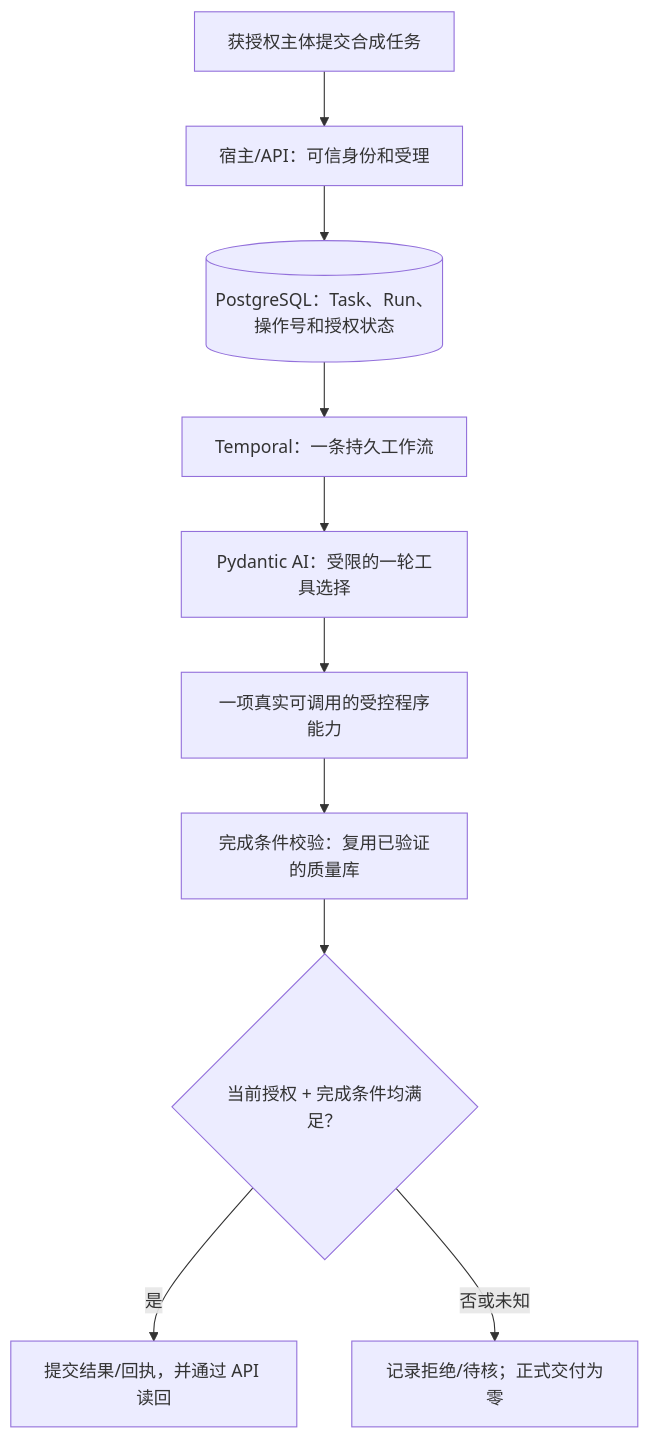
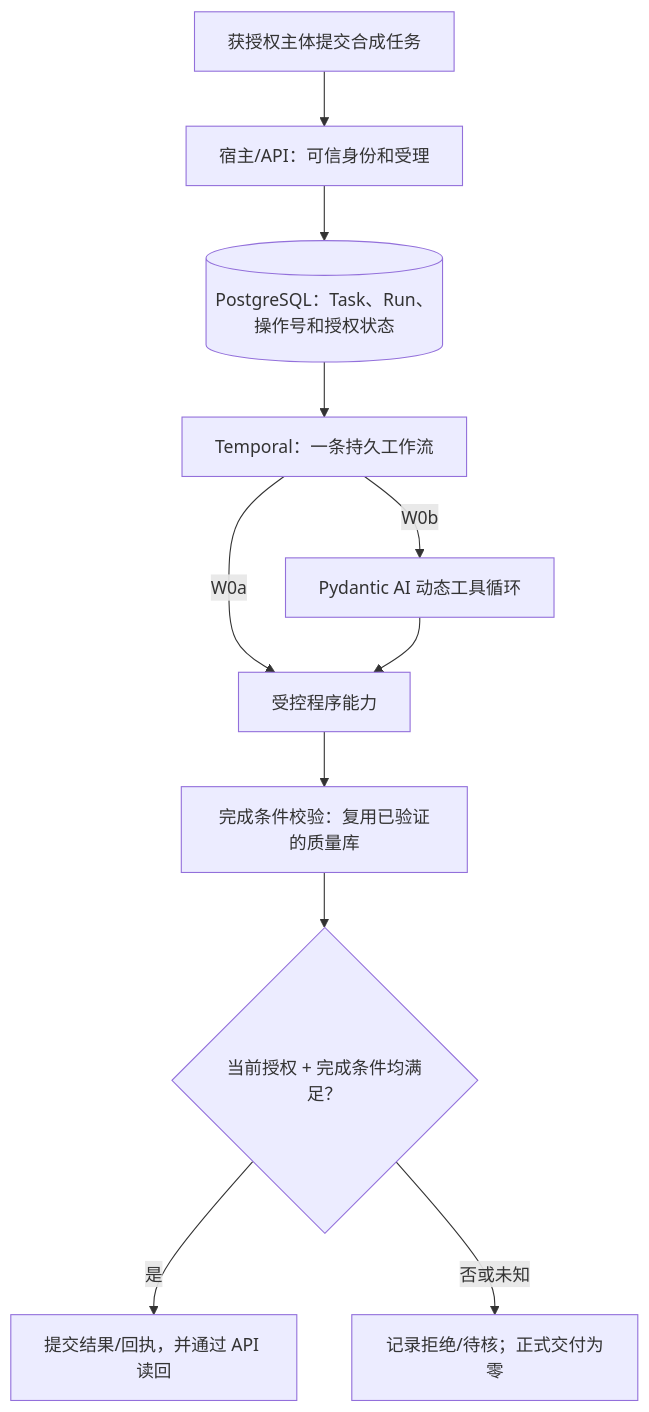
One commit to zhuquanwei111/mingjing---agent changed the diagram in docs/designs/route-b-walking-skeleton-mvp.md. Above: the diagram before and after it, drawn with Mermaid. The commit also changed other lines of this file and 3 other files, not shown here.

````diff
--- a/docs/designs/route-b-walking-skeleton-mvp.md
+++ b/docs/designs/route-b-walking-skeleton-mvp.md
@@ -9,12 +9,13 @@
 ```mermaid
 flowchart TD
   A["获授权主体提交合成任务"] --> B["宿主/API：可信身份和受理"]
   B --> C[("PostgreSQL：Task、Run、操作号和授权状态")]
   C --> D["Temporal：一条持久工作流"]
-  D --> E["Pydantic AI：受限的一轮工具选择"]
-  E --> F["一项真实可调用的受控程序能力"]
+  D -->|"W0a"| F["受控程序能力"]
+  D -->|"W0b"| E["Pydantic AI 动态工具循环"]
+  E --> F
   F --> G["完成条件校验：复用已验证的质量库"]
   G --> H{"当前授权 + 完成条件均满足？"}
   H -->|是| I["提交结果/回执，并通过 API 读回"]
   H -->|否或未知| J["记录拒绝/待核；正式交付为零"]
 ```
````
